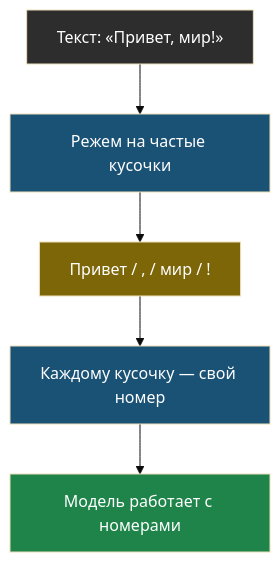
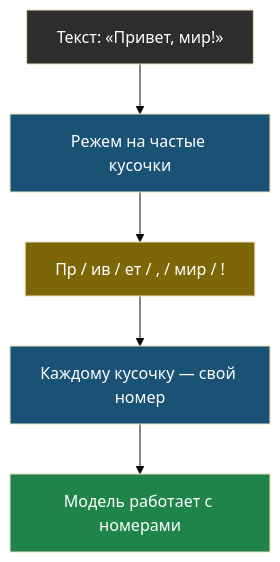
The first of 2 diagrams in docs/books/01-llm-osnovy/chapter-01.md (iRoboTron/ai-engineering-school), drawn with Mermaid (base theme) before and after one commit. The commit also changed other lines of this file and 28 other files, not shown here.

````diff
--- a/docs/books/01-llm-osnovy/chapter-01.md
+++ b/docs/books/01-llm-osnovy/chapter-01.md
@@ -32,12 +34,12 @@
 ```mermaid
 flowchart TD
     A["Текст: «Привет, мир!»"] --> B["Режем на частые кусочки"]
-    B --> C["Привет / , / мир / !"]
+    B --> C["Пр / ив / ет / , / мир / !"]
     C --> D["Каждому кусочку — свой номер"]
     D --> E["Модель работает с номерами"]
     style A fill:#2d2d2d,color:#fff
     style B fill:#1a5276,color:#fff
     style C fill:#7d6608,color:#fff
     style D fill:#1a5276,color:#fff
     style E fill:#1e8449,color:#fff
 ```
````
